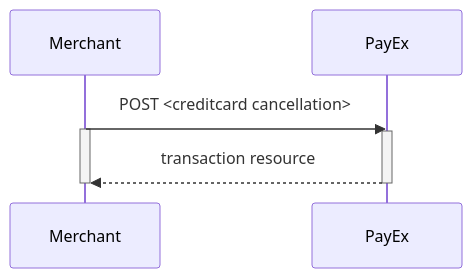
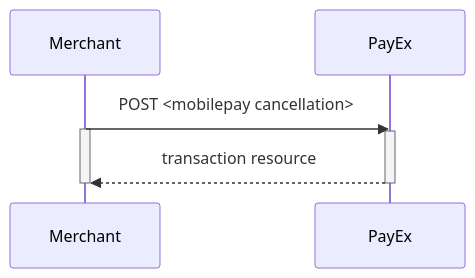
Before and after one commit to SwedbankPay/developer.swedbankpay.com: the second of 3 diagrams in payments/mobile-pay/other-features.md, drawn with Mermaid. The commit also changed other lines of this file and 3 other files, not shown here.

````diff
--- a/payments/mobile-pay/other-features.md
+++ b/payments/mobile-pay/other-features.md
@@ -550,9 +550,9 @@
 ```mermaid
 sequenceDiagram
-  Merchant->>PayEx: POST <creditcard cancellation>
+  Merchant->>PayEx: POST <mobilepay cancellation>
   Activate Merchant
   Activate PayEx
   PayEx-->>Merchant: transaction resource
   Deactivate PayEx
   Deactivate Merchant
 ```
````
